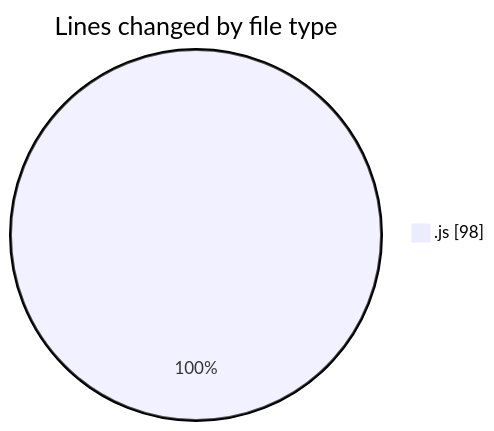
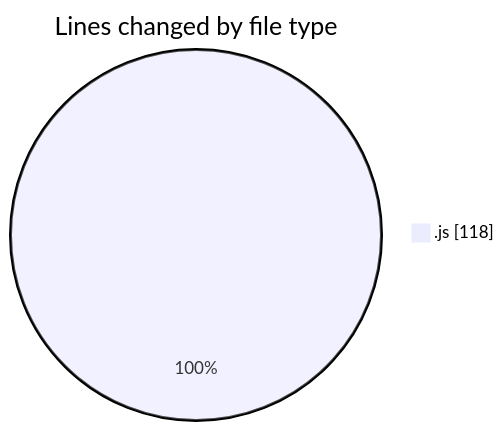
The first of 2 diagrams in 2025-07-19/mern-workoutboard/README.md (Ritupan-Deka/code-tracking), drawn with Mermaid before and after one commit. The commit also changed other lines of this file and 1 other file, not shown here.

````diff
--- a/2025-07-19/mern-workoutboard/README.md
+++ b/2025-07-19/mern-workoutboard/README.md
@@ -21,5 +21,5 @@
 ```mermaid
 pie showData
 title Lines changed by file type
-".js" : 98
+".js" : 118
 ```
````
